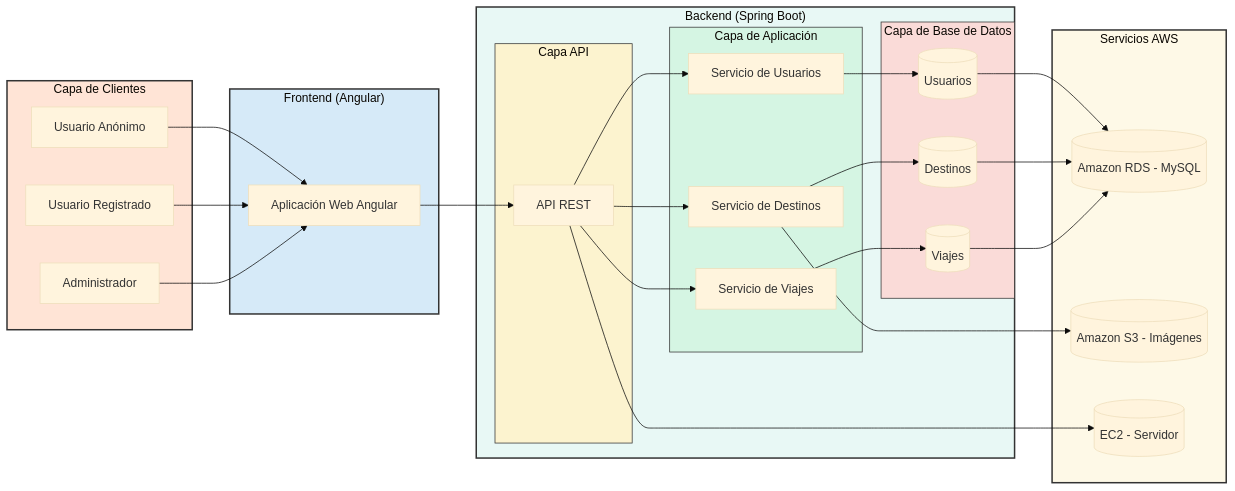
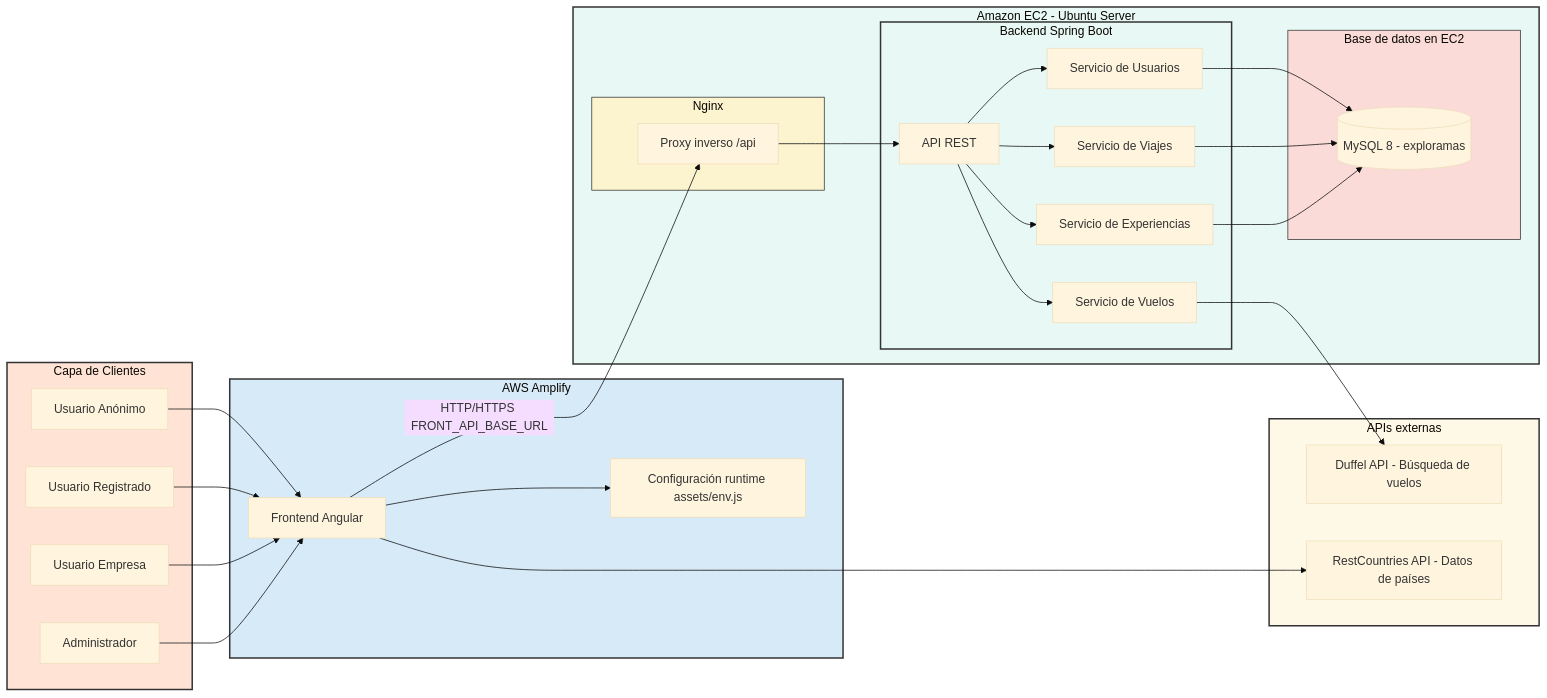
One commit to Nencro/Proxecto-DAW-2026-Ruben-Barbeito changed the first of 3 diagrams in templates/4_Deseño.md. Above: the diagram before and after it, drawn with Mermaid (base theme). The commit also changed other lines of this file and 2 other files, not shown here.

````diff
--- a/templates/4_Deseño.md
+++ b/templates/4_Deseño.md
@@ -14,74 +14,74 @@
 ```mermaid
 flowchart LR
 
 %% ===== CLIENTES =====
 subgraph Clientes["Capa de Clientes"]
     C1[Usuario Anónimo]
     C2[Usuario Registrado]
-    C3[Administrador]
+    C3[Usuario Empresa]
+    C4[Administrador]
 end
 
 %% ===== FRONTEND =====
-subgraph Frontend["Frontend (Angular)"]
-    F1[Aplicación Web Angular]
+subgraph Amplify["AWS Amplify"]
+    F1[Frontend Angular]
+    F2[Configuración runtime assets/env.js]
 end
 
-%% ===== BACKEND =====
-subgraph Backend["Backend (Spring Boot)"]
+%% ===== EC2 =====
+subgraph EC2["Amazon EC2 - Ubuntu Server"]
 
-    subgraph API["Capa API"]
-        B1[API REST]
+    subgraph Nginx["Nginx"]
+        N1[Proxy inverso /api]
     end
 
-    subgraph APP["Capa de Aplicación"]
+    subgraph Backend["Backend Spring Boot"]
+        B1[API REST]
         B2[Servicio de Usuarios]
-        B3[Servicio de Destinos]
-        B4[Servicio de Viajes]
+        B3[Servicio de Viajes]
+        B4[Servicio de Experiencias]
+        B5[Servicio de Vuelos]
     end
 
-    subgraph DB["Capa de Base de Datos"]
-        D1[(Usuarios)]
-        D2[(Destinos)]
-        D3[(Viajes)]
+    subgraph Datos["Base de datos en EC2"]
+        D1[(MySQL 8 - exploramas)]
     end
 end
 
-%% ===== AWS =====
-subgraph AWS["Servicios AWS"]
-    S1[(Amazon RDS - MySQL)]
-    S2[(Amazon S3 - Imágenes)]
-    S3[(EC2 - Servidor)]
+%% ===== APIS EXTERNAS =====
+subgraph Externas["APIs externas"]
+    X1[Duffel API - Búsqueda de vuelos]
+    X2[RestCountries API - Datos de países]
 end
 
-%% ===== FLUJO =====
+%% ===== FLUJOS =====
 C1 --> F1
 C2 --> F1
 C3 --> F1
+C4 --> F1
 
-F1 --> B1
+F1 --> F2
+F1 -->|HTTP/HTTPS FRONT_API_BASE_URL| N1
+N1 --> B1
 
 B1 --> B2
 B1 --> B3
 B1 --> B4
+B1 --> B5
 
 B2 --> D1
-B3 --> D2
-B4 --> D3
+B3 --> D1
+B4 --> D1
 
-D1 --> S1
-D2 --> S1
-D3 --> S1
-
-B3 --> S2
-
-B1 --> S3
+B5 --> X1
+F1 --> X2
 
 %% ===== COLORES =====
 style Clientes fill:#FFE4D6,stroke:#333,stroke-width:2px
-style Frontend fill:#D6EAF8,stroke:#333,stroke-width:2px
+style Amplify fill:#D6EAF8,stroke:#333,stroke-width:2px
+style EC2 fill:#E8F8F5,stroke:#333,stroke-width:2px
+style Nginx fill:#FCF3CF,stroke:#333
 style Backend fill:#E8F8F5,stroke:#333,stroke-width:2px
-style API fill:#FCF3CF,stroke:#333
-style APP fill:#D5F5E3,stroke:#333
-style DB fill:#FADBD8,stroke:#333
-style AWS fill:#FEF9E7,stroke:#333,stroke-width:2px
+style Datos fill:#FADBD8,stroke:#333
+style Externas fill:#FEF9E7,stroke:#333,stroke-width:2px
 ```
````
